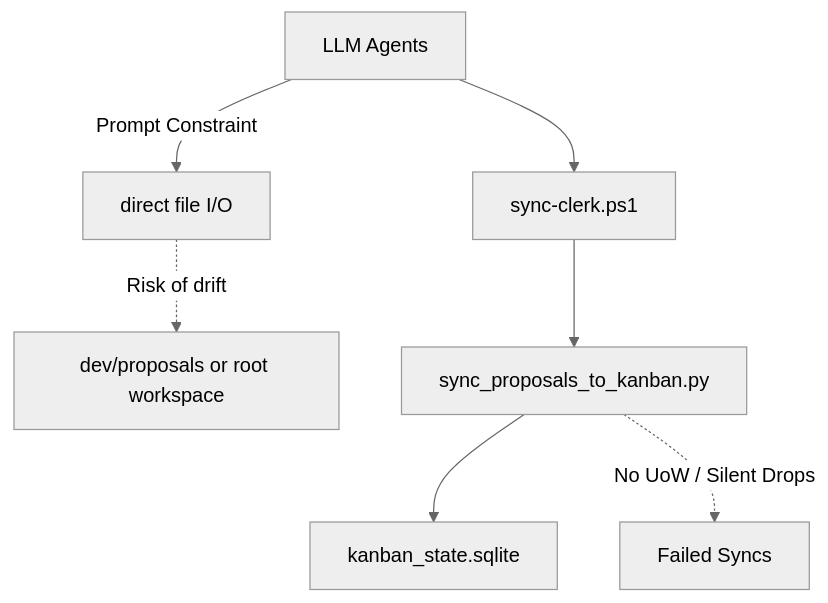
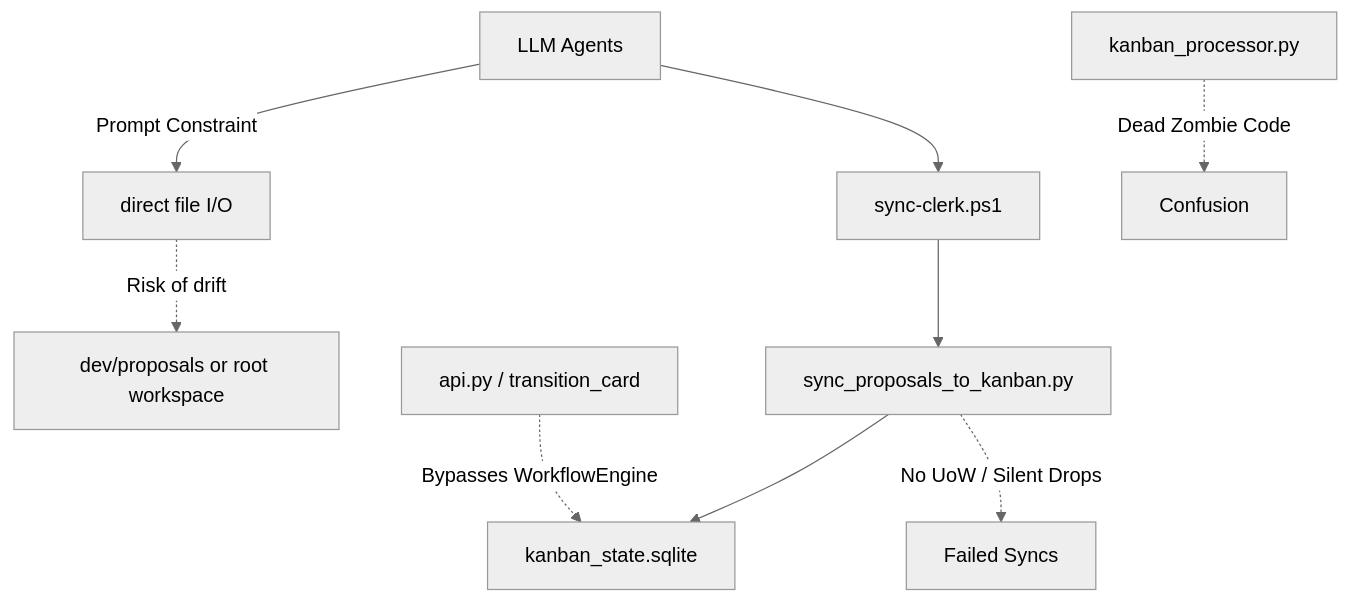
Before and after one commit to Oranneg-debug/cognitive-os: the first of 2 diagrams in dev/proposals/ARCH-20260528-130000-622DF013_PROPOSAL.md, drawn with Mermaid (neutral theme). The commit also changed other lines of this file and 53 other files, not shown here.

````diff
--- a/dev/proposals/ARCH-20260528-130000-622DF013_PROPOSAL.md
+++ b/dev/proposals/ARCH-20260528-130000-622DF013_PROPOSAL.md
@@ -65,9 +73,11 @@
 ```mermaid
 graph TD
     A[LLM Agents] -->|Prompt Constraint| B[direct file I/O]
     B -.->|Risk of drift| C[dev/proposals or root workspace]
     A --> D[sync-clerk.ps1]
     D --> E[sync_proposals_to_kanban.py]
     E --> F[kanban_state.sqlite]
     E -.->|No UoW / Silent Drops| G[Failed Syncs]
+    H[api.py / transition_card] -.->|Bypasses WorkflowEngine| F
+    I[kanban_processor.py] -.->|Dead Zombie Code| J[Confusion]
 ```
````
